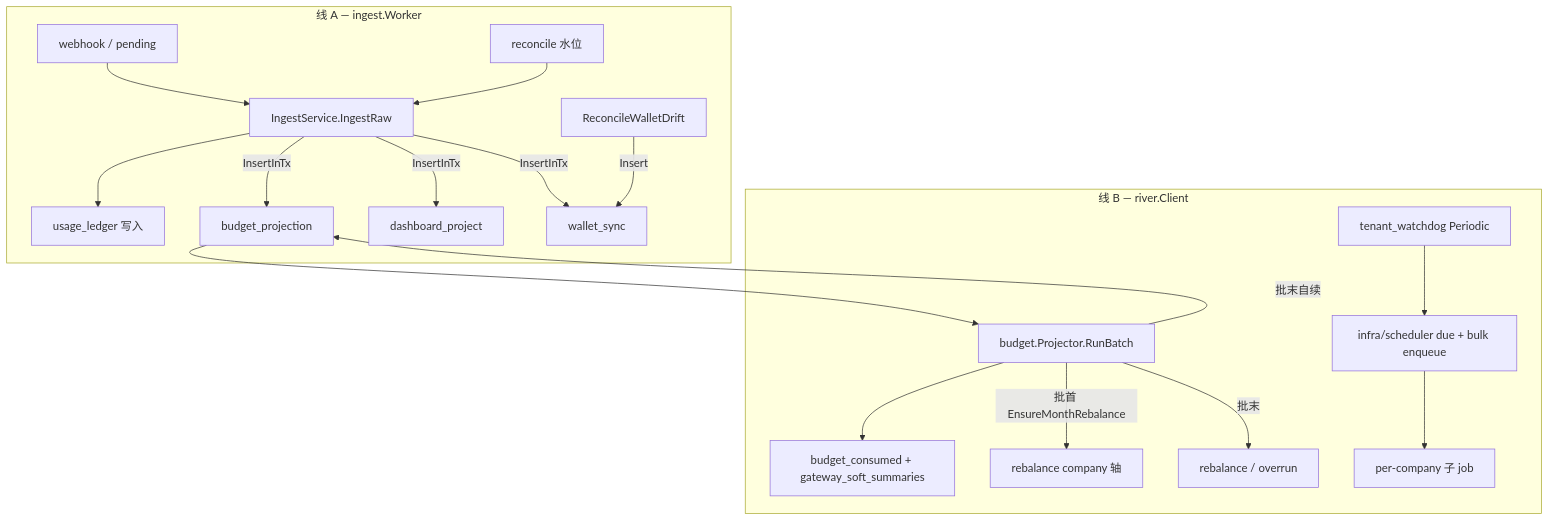
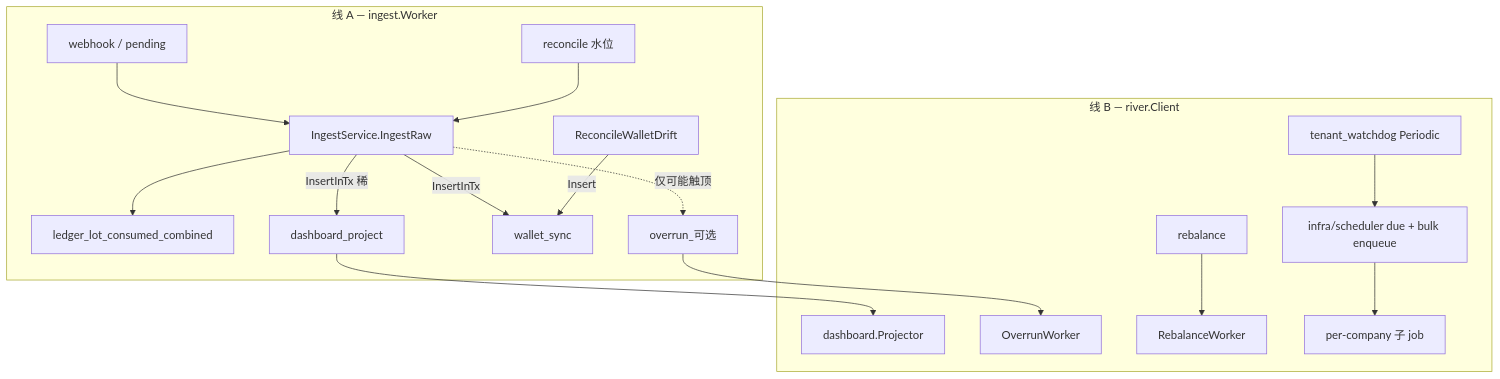
Before and after one commit to quyip8818/mytokenjoy: the diagram in docs/Backend-离线任务.md, drawn with Mermaid. The commit also changed other lines of this file and 99 other files, not shown here.

````diff
--- a/docs/Backend-离线任务.md
+++ b/docs/Backend-离线任务.md
@@ -29,22 +28,20 @@
 ```mermaid
 flowchart TB
   subgraph lineA [线 A — ingest.Worker]
     WH[webhook / pending] --> ING[IngestService.IngestRaw]
     REC[reconcile 水位] --> ING
-    ING --> LEDGER[usage_ledger 写入]
-    ING -->|InsertInTx| BP[budget_projection]
-    ING -->|InsertInTx| DP[dashboard_project]
+    ING --> LEDGER[ledger_lot_consumed_combined]
+    ING -->|InsertInTx 稀| DP[dashboard_project]
     ING -->|InsertInTx| WSjob[wallet_sync]
+    ING -.->|仅可能触顶| OV[overrun_可选]
     DRIFT[ReconcileWalletDrift] -->|Insert| WSjob
   end
 
   subgraph lineB [线 B — river.Client]
-    BP --> BPW[budget.Projector.RunBatch]
-    BPW --> CONSUMED[budget_consumed + gateway_soft_summaries]
-    BPW -->|批首 EnsureMonthRebalance| RB[rebalance company 轴]
-    BPW -->|批末| RB2[rebalance / overrun]
-    BPW -->|批末自续| BP
+    DP --> DPW[dashboard.Projector]
+    OV --> OVW[OverrunWorker]
+    RB[rebalance] --> RBW[RebalanceWorker]
     WD[tenant_watchdog Periodic] --> SCHED[infra/scheduler due + bulk enqueue]
     SCHED --> TENANT[per-company 子 job]
   end
 ```
````
